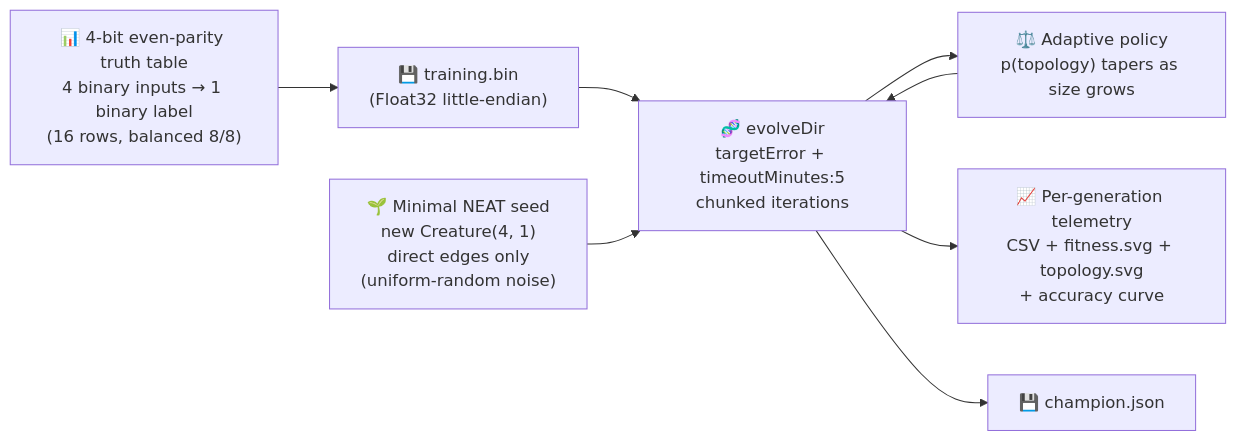
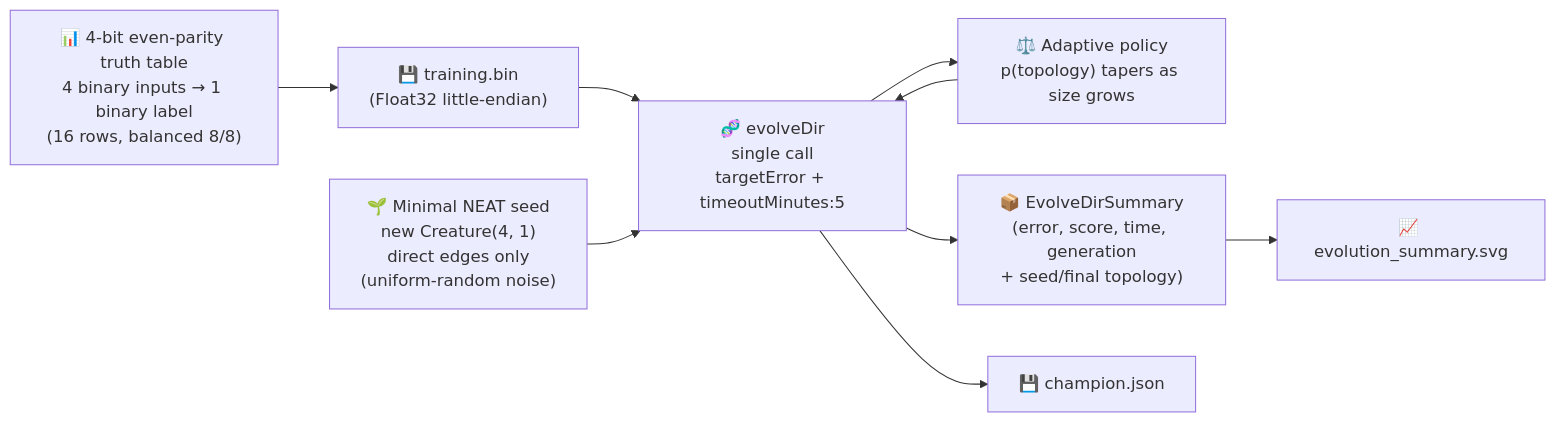
Before and after one commit to stSoftwareAU/NEAT-AI-Examples: the diagram in adaptive_mutation/README.md, drawn with Mermaid. The commit also changed other lines of this file and 10 other files, not shown here.

First line of the commit message:
adaptive_mutation: single evolveDir call charted from return value (#286)

````diff
--- a/adaptive_mutation/README.md
+++ b/adaptive_mutation/README.md
@@ -119,17 +116,19 @@
 ```mermaid
 flowchart LR
     DATA["📊 4-bit even-parity truth table<br/>4 binary inputs → 1 binary label<br/>(16 rows, balanced 8/8)"]
     BIN["💾 training.bin<br/>(Float32 little-endian)"]
     SEED["🌱 Minimal NEAT seed<br/>new Creature(4, 1)<br/>direct edges only<br/>(uniform-random noise)"]
-    EVOLVE["🧬 evolveDir<br/>targetError + timeoutMinutes:5<br/>chunked iterations"]
+    EVOLVE["🧬 evolveDir<br/>single call<br/>targetError + timeoutMinutes:5"]
     POLICY["⚖️ Adaptive policy<br/>p(topology) tapers as size grows"]
-    TELEMETRY["📈 Per-generation telemetry<br/>CSV + fitness.svg + topology.svg<br/>+ accuracy curve"]
+    SUMMARY["📦 EvolveDirSummary<br/>(error, score, time, generation<br/>+ seed/final topology)"]
+    TELEMETRY["📈 evolution_summary.svg"]
     CHAMP["💾 champion.json"]
 
     DATA --> BIN --> EVOLVE
     SEED --> EVOLVE
     EVOLVE --> POLICY
     POLICY --> EVOLVE
-    EVOLVE --> TELEMETRY
+    EVOLVE --> SUMMARY
+    SUMMARY --> TELEMETRY
     EVOLVE --> CHAMP
 ```
````
